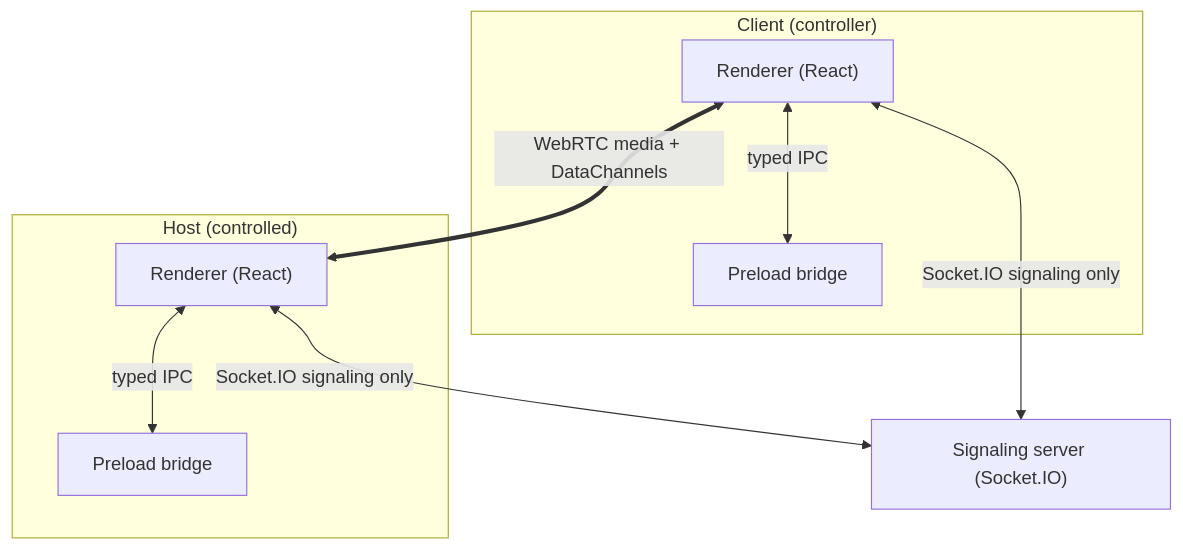
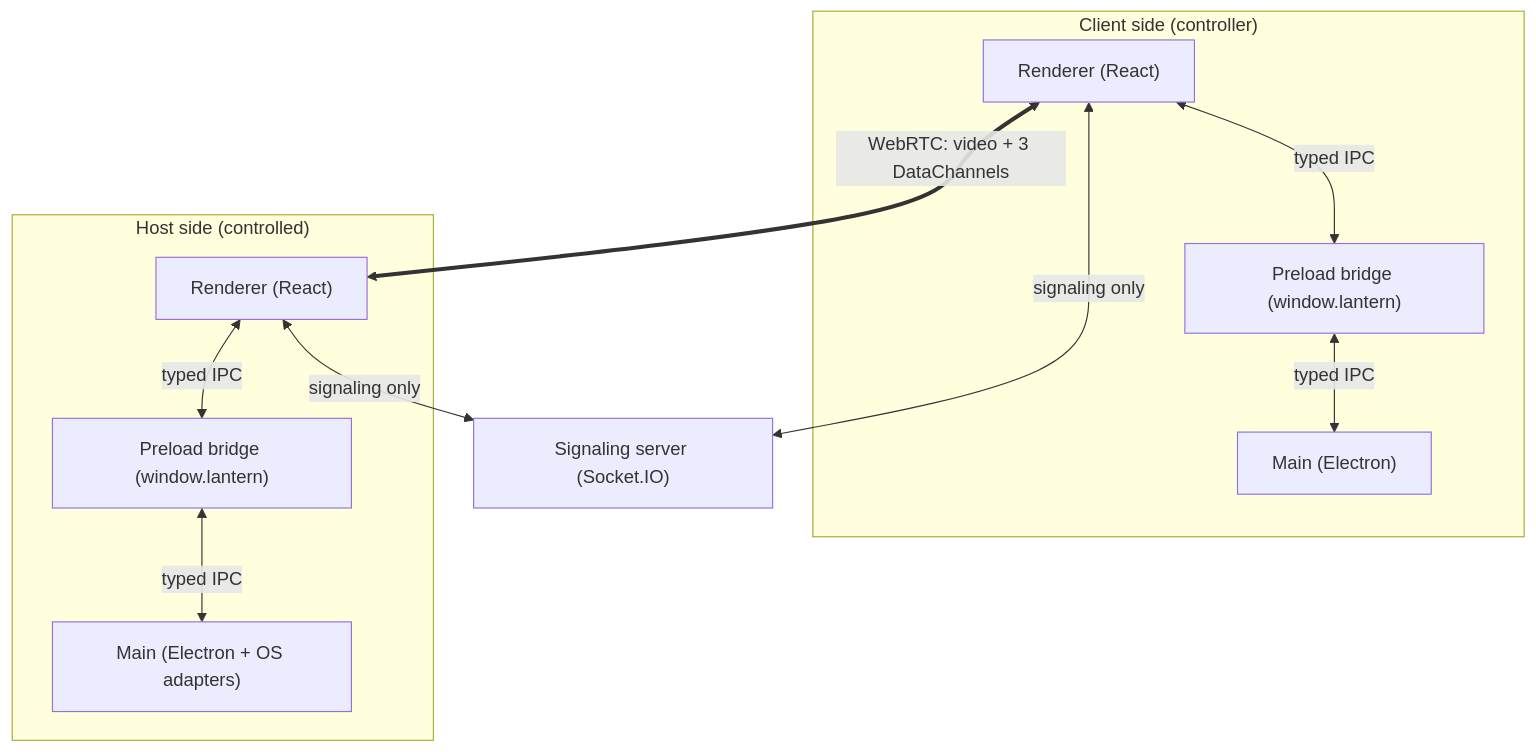
Before and after one commit to FatjonMileti/Lantern-Remote: the first of 2 diagrams in README.md, drawn with Mermaid. The commit also changed other lines of this file and 14 other files, not shown here.

Commit message:
docs: add architecture and security documentation

````diff
--- a/README.md
+++ b/README.md
@@ -15,18 +34,22 @@
 ```mermaid
 flowchart TB
-  subgraph CLIENT["Client (controller)"]
+  subgraph CLIENT["Client side (controller)"]
     CR["Renderer (React)"]
-    CP["Preload bridge"]
+    CP["Preload bridge (window.lantern)"]
+    CM["Main (Electron)"]
+    CR <-->|typed IPC| CP
+    CP <-->|typed IPC| CM
   end
-  subgraph HOST["Host (controlled)"]
+  subgraph HOST["Host side (controlled)"]
     HR["Renderer (React)"]
-    HP["Preload bridge"]
+    HP["Preload bridge (window.lantern)"]
+    HM["Main (Electron + OS adapters)"]
+    HR <-->|typed IPC| HP
+    HP <-->|typed IPC| HM
   end
   SIG["Signaling server (Socket.IO)"]
 
-  CR <-->|typed IPC| CP
-  HR <-->|typed IPC| HP
-  CR <-->|Socket.IO signaling only| SIG
-  HR <-->|Socket.IO signaling only| SIG
-  CR <==>|WebRTC media + DataChannels| HR
+  CR <-->|signaling only| SIG
+  HR <-->|signaling only| SIG
+  CR <==>|WebRTC: video + 3 DataChannels| HR
 ```
````
